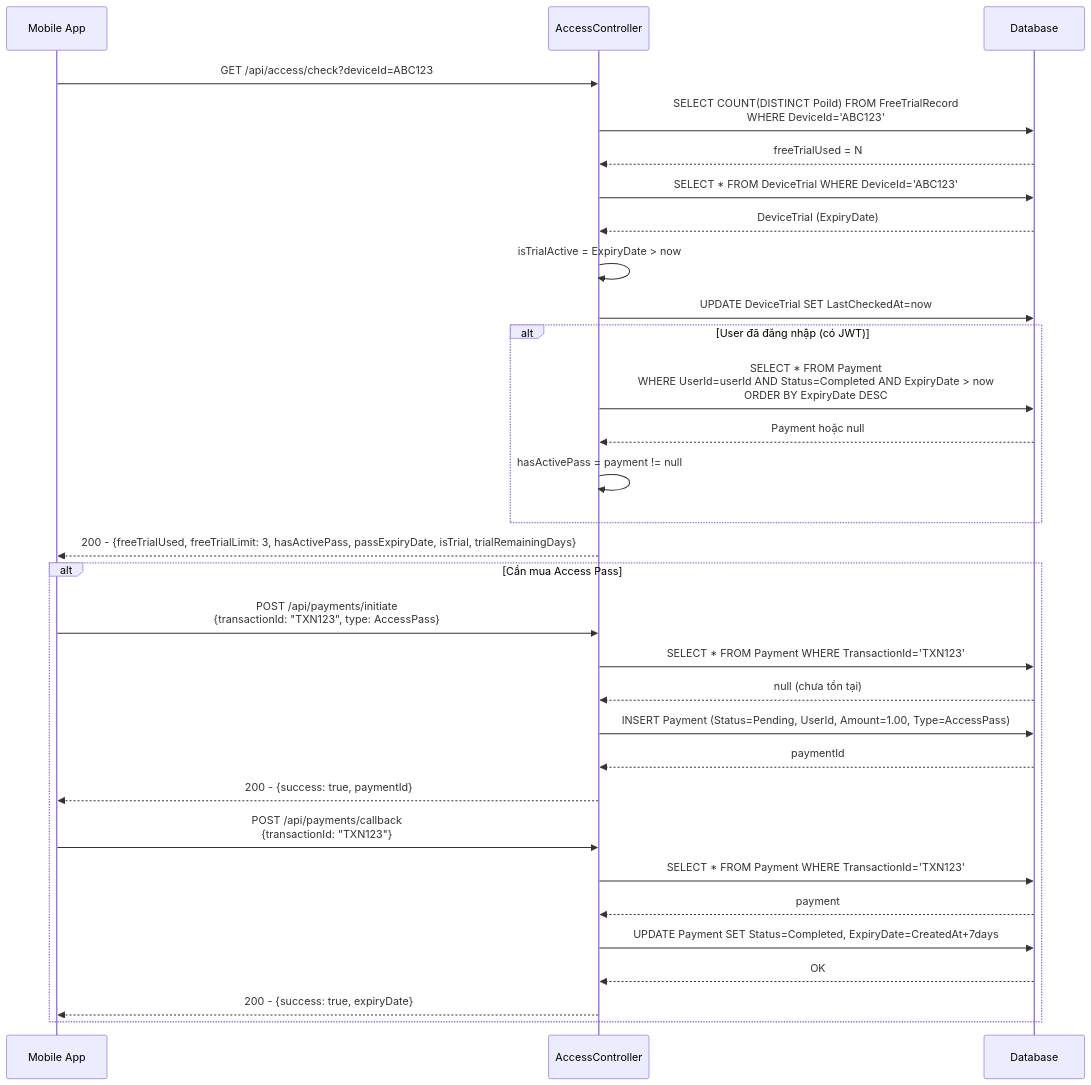
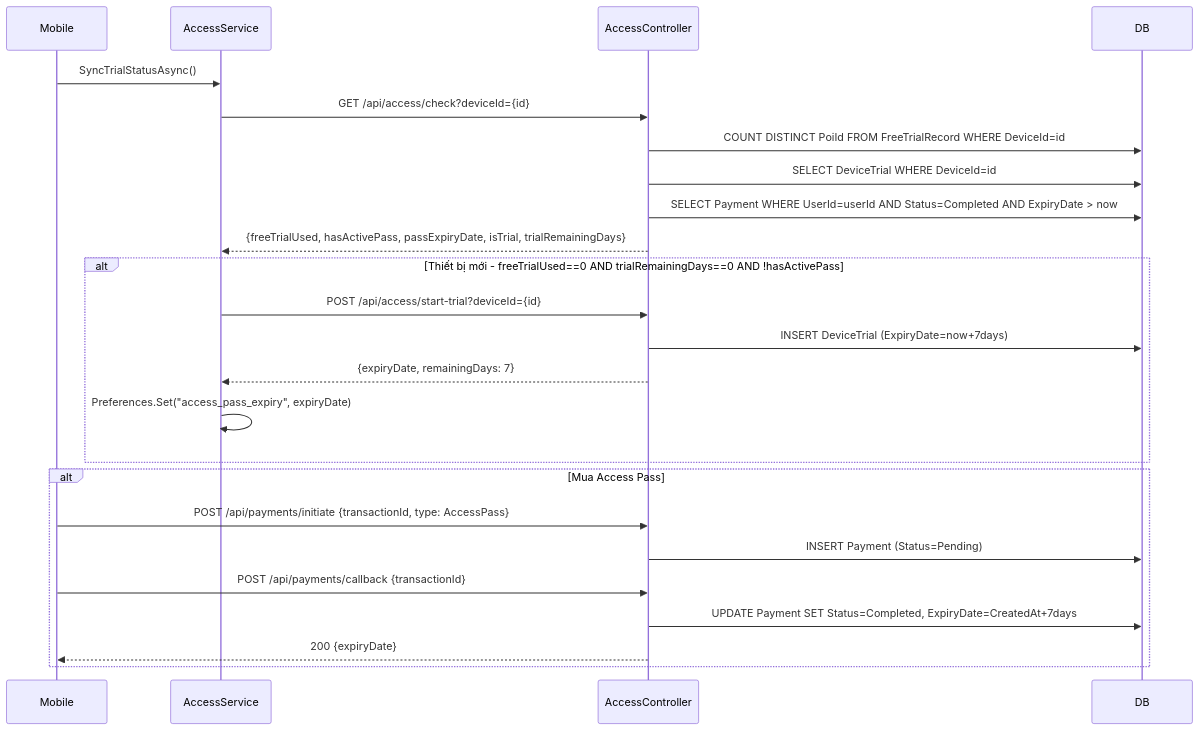
One commit to phamquyet47204/C-Sharp changed the tenth of 16 diagrams in README.md. Above: the diagram before and after it, drawn with Mermaid. The commit also changed other lines of this file, not shown here.

````diff
--- a/README.md
+++ b/README.md
@@ -1014,36 +654,29 @@
 ```mermaid
 sequenceDiagram
-  participant Mobile as Mobile App
+  participant Mobile
+  participant AccessService
   participant AccessController
-  participant DB as Database
+  participant DB
 
-  Mobile->>AccessController: GET /api/access/check?deviceId=ABC123
-  AccessController->>DB: SELECT COUNT(DISTINCT PoiId) FROM FreeTrialRecord<br/>WHERE DeviceId='ABC123'
-  DB-->>AccessController: freeTrialUsed = N
-  AccessController->>DB: SELECT * FROM DeviceTrial WHERE DeviceId='ABC123'
-  DB-->>AccessController: DeviceTrial (ExpiryDate)
-  AccessController->>AccessController: isTrialActive = ExpiryDate > now
-  AccessController->>DB: UPDATE DeviceTrial SET LastCheckedAt=now
-  alt User đã đăng nhập (có JWT)
-    AccessController->>DB: SELECT * FROM Payment<br/>WHERE UserId=userId AND Status=Completed AND ExpiryDate > now<br/>ORDER BY ExpiryDate DESC
-    DB-->>AccessController: Payment hoặc null
-    AccessController->>AccessController: hasActivePass = payment != null
+  Mobile->>AccessService: SyncTrialStatusAsync()
+  AccessService->>AccessController: GET /api/access/check?deviceId={id}
+  AccessController->>DB: COUNT DISTINCT PoiId FROM FreeTrialRecord WHERE DeviceId=id
+  AccessController->>DB: SELECT DeviceTrial WHERE DeviceId=id
+  AccessController->>DB: SELECT Payment WHERE UserId=userId AND Status=Completed AND ExpiryDate > now
+  AccessController-->>AccessService: {freeTrialUsed, hasActivePass, passExpiryDate, isTrial, trialRemainingDays}
+
+  alt Thiết bị mới - freeTrialUsed==0 AND trialRemainingDays==0 AND !hasActivePass
+    AccessService->>AccessController: POST /api/access/start-trial?deviceId={id}
+    AccessController->>DB: INSERT DeviceTrial (ExpiryDate=now+7days)
+    AccessController-->>AccessService: {expiryDate, remainingDays: 7}
+    AccessService->>AccessService: Preferences.Set("access_pass_expiry", expiryDate)
   end
-  AccessController-->>Mobile: 200 - {freeTrialUsed, freeTrialLimit: 3, hasActivePass, passExpiryDate, isTrial, trialRemainingDays}
 
-  alt Cần mua Access Pass
-    Mobile->>AccessController: POST /api/payments/initiate<br/>{transactionId: "TXN123", type: AccessPass}
-    AccessController->>DB: SELECT * FROM Payment WHERE TransactionId='TXN123'
-    DB-->>AccessController: null (chưa tồn tại)
-    AccessController->>DB: INSERT Payment (Status=Pending, UserId, Amount=1.00, Type=AccessPass)
-    DB-->>AccessController: paymentId
-    AccessController-->>Mobile: 200 - {success: true, paymentId}
-
-    Mobile->>AccessController: POST /api/payments/callback<br/>{transactionId: "TXN123"}
-    AccessController->>DB: SELECT * FROM Payment WHERE TransactionId='TXN123'
-    DB-->>AccessController: payment
+  alt Mua Access Pass
+    Mobile->>AccessController: POST /api/payments/initiate {transactionId, type: AccessPass}
+    AccessController->>DB: INSERT Payment (Status=Pending)
+    Mobile->>AccessController: POST /api/payments/callback {transactionId}
     AccessController->>DB: UPDATE Payment SET Status=Completed, ExpiryDate=CreatedAt+7days
-    DB-->>AccessController: OK
-    AccessController-->>Mobile: 200 - {success: true, expiryDate}
+    AccessController-->>Mobile: 200 {expiryDate}
   end
 ```
````
